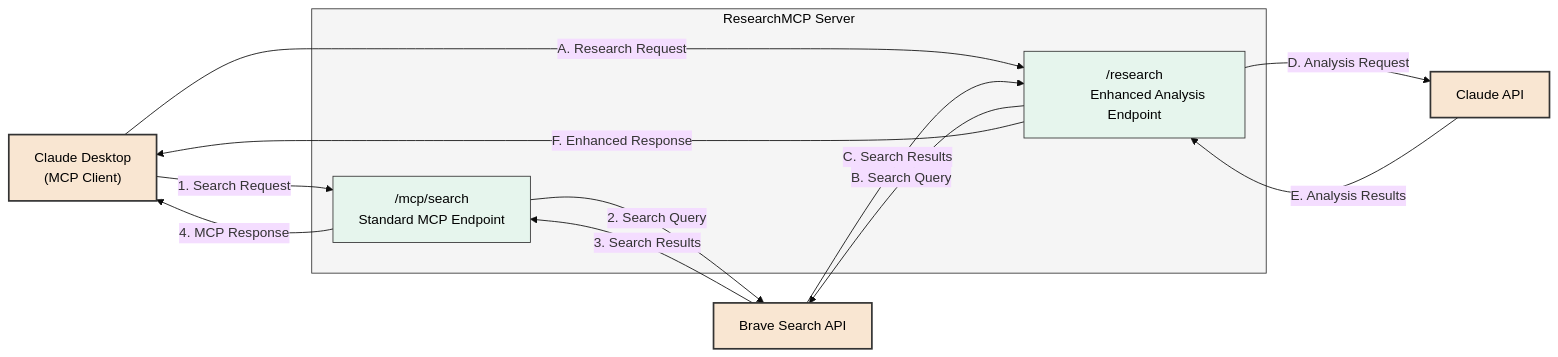
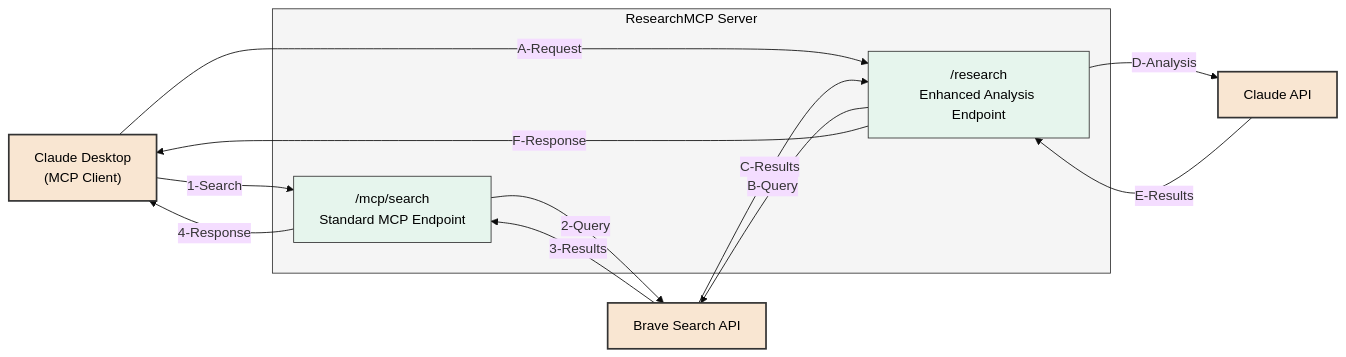
One commit to riii111/ResearchMCP changed the first of 2 diagrams in README.md. Above: the diagram before and after it, drawn with Mermaid (base theme). The commit also changed other lines of this file, not shown here.

Commit message:
chore: fixed diagram

````diff
--- a/README.md
+++ b/README.md
@@ -131,38 +132,36 @@
 ```mermaid
 graph LR
     %% External Systems
-    Claude["Claude Desktop
-    (MCP Client)"]
+    Claude["Claude Desktop<br>(MCP Client)"]
     BraveAPI["Brave Search API"]
     ClaudeAPI["Claude API"]
     
     %% Main Components
     subgraph ResearchMCP["ResearchMCP Server"]
-        MCPEndpoint["/mcp/search
-        Standard MCP Endpoint"]
-        ResearchEndpoint["/research
-        Enhanced Analysis Endpoint"]
+        MCPEndpoint["/mcp/search<br>Standard MCP Endpoint"]
+        ResearchEndpoint["/research<br>Enhanced Analysis Endpoint"]
     end
     
-    %% External Connections
-    Claude -->|1. Search Request| MCPEndpoint
-    MCPEndpoint -->|2. Search Query| BraveAPI
-    BraveAPI -->|3. Search Results| MCPEndpoint
-    MCPEndpoint -->|4. MCP Response| Claude
+    %% External Connections - MCP Flow
+    Claude -->|1-Search| MCPEndpoint
+    MCPEndpoint -->|2-Query| BraveAPI
+    BraveAPI -->|3-Results| MCPEndpoint
+    MCPEndpoint -->|4-Response| Claude
     
-    Claude -->|A. Research Request| ResearchEndpoint
-    ResearchEndpoint -->|B. Search Query| BraveAPI
-    BraveAPI -->|C. Search Results| ResearchEndpoint
-    ResearchEndpoint -->|D. Analysis Request| ClaudeAPI
-    ClaudeAPI -->|E. Analysis Results| ResearchEndpoint
-    ResearchEndpoint -->|F. Enhanced Response| Claude
+    %% External Connections - Research Flow
+    Claude -->|A-Request| ResearchEndpoint
+    ResearchEndpoint -->|B-Query| BraveAPI
+    BraveAPI -->|C-Results| ResearchEndpoint
+    ResearchEndpoint -->|D-Analysis| ClaudeAPI
+    ClaudeAPI -->|E-Results| ResearchEndpoint
+    ResearchEndpoint -->|F-Response| Claude
     
     %% Styling
     classDef external fill:#f9e6d2,stroke:#333,stroke-width:2px,color:#000
     classDef component fill:#e6f5ed,stroke:#333,color:#000
     classDef container fill:#f5f5f5,stroke:#333,color:#000
     
     class Claude,BraveAPI,ClaudeAPI external
     class MCPEndpoint,ResearchEndpoint component
     class ResearchMCP container
 ```
````
